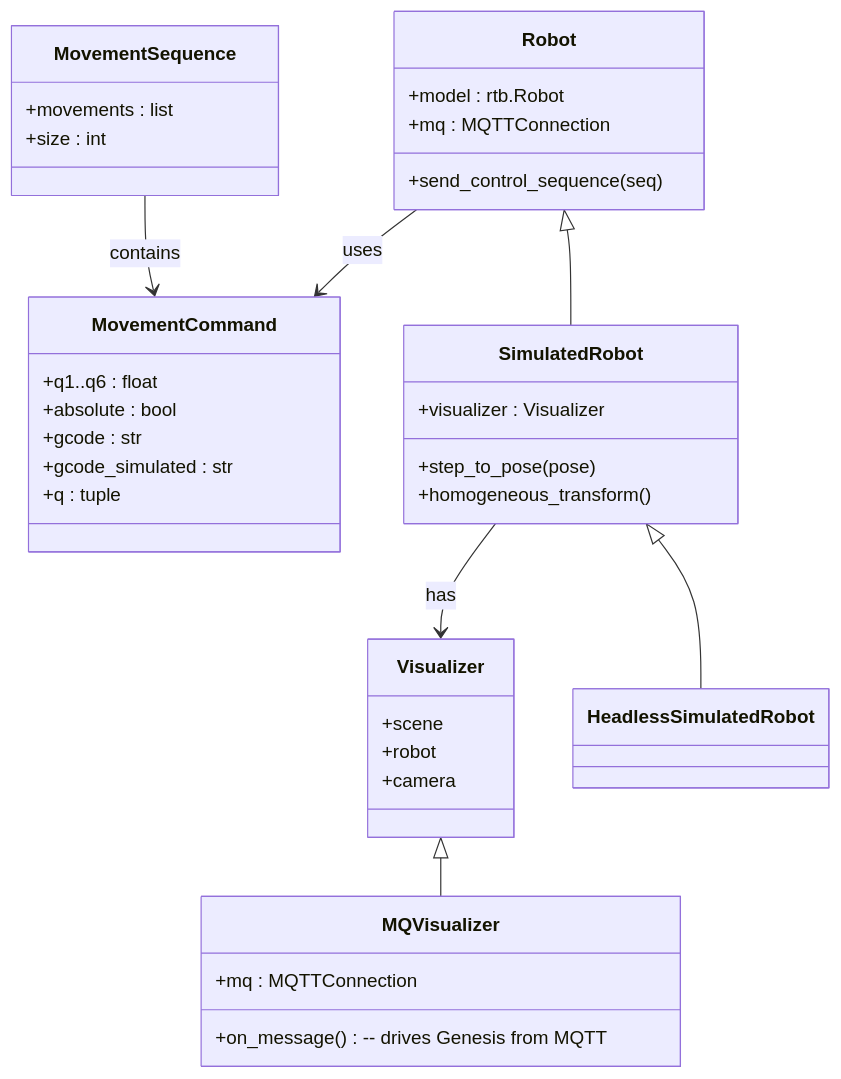
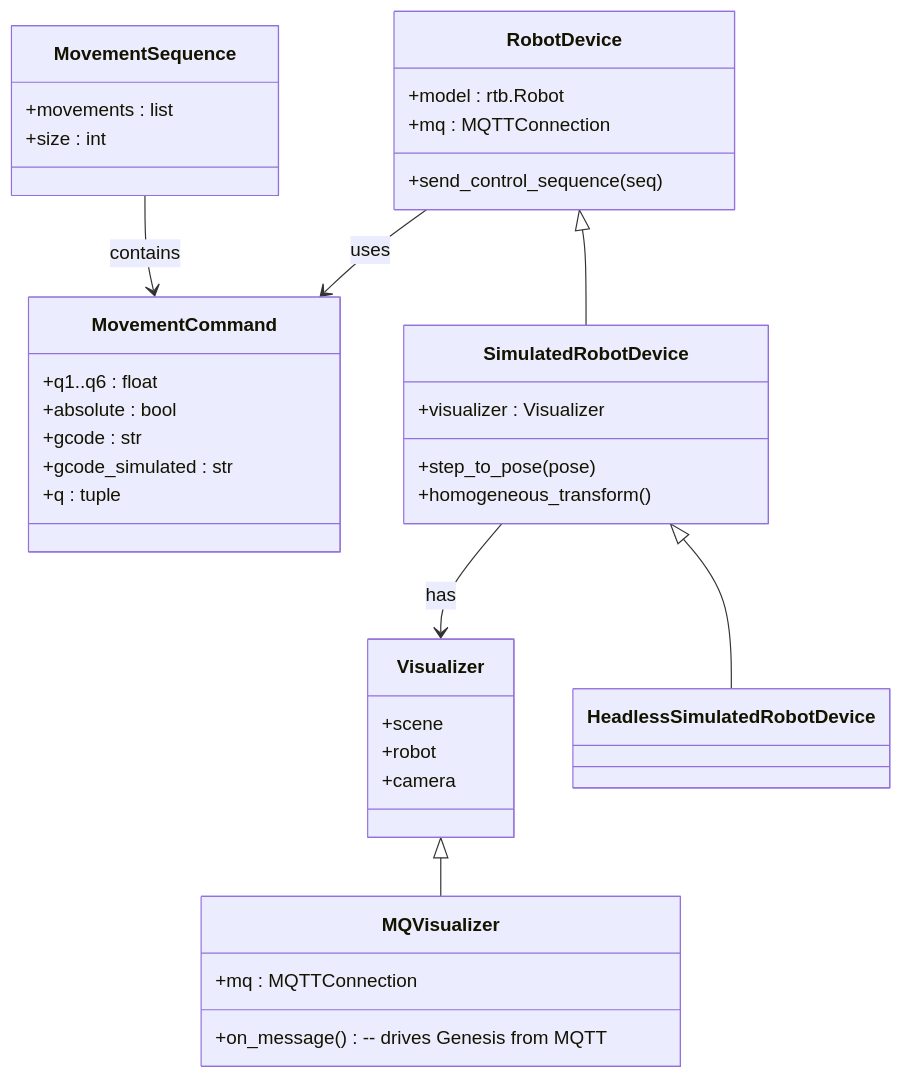
The third of 6 diagrams in docs/ARCHITECTURE.md (leogolds/ManiPylator), drawn with Mermaid before and after one commit. The commit also changed other lines of this file and 9 other files, not shown here.

````diff
--- a/docs/ARCHITECTURE.md
+++ b/docs/ARCHITECTURE.md
@@ -194,47 +194,47 @@
 ```mermaid
 classDiagram
     class MovementCommand {
         +q1..q6 : float
         +absolute : bool
         +gcode : str
         +gcode_simulated : str
         +q : tuple
     }
 
     class MovementSequence {
         +movements : list
         +size : int
     }
 
-    class Robot {
+    class RobotDevice {
         +model : rtb.Robot
         +mq : MQTTConnection
         +send_control_sequence(seq)
     }
 
     class Visualizer {
         +scene
         +robot
         +camera
     }
 
-    class SimulatedRobot {
+    class SimulatedRobotDevice {
         +visualizer : Visualizer
         +step_to_pose(pose)
         +homogeneous_transform()
     }
 
-    class HeadlessSimulatedRobot
+    class HeadlessSimulatedRobotDevice
 
     class MQVisualizer {
         +mq : MQTTConnection
         +on_message() -- drives Genesis from MQTT
     }
 
-    Robot <|-- SimulatedRobot
-    SimulatedRobot <|-- HeadlessSimulatedRobot
+    RobotDevice <|-- SimulatedRobotDevice
+    SimulatedRobotDevice <|-- HeadlessSimulatedRobotDevice
     Visualizer <|-- MQVisualizer
-    SimulatedRobot --> Visualizer : has
-    Robot --> MovementCommand : uses
+    SimulatedRobotDevice --> Visualizer : has
+    RobotDevice --> MovementCommand : uses
     MovementSequence --> MovementCommand : contains
 ```
````
